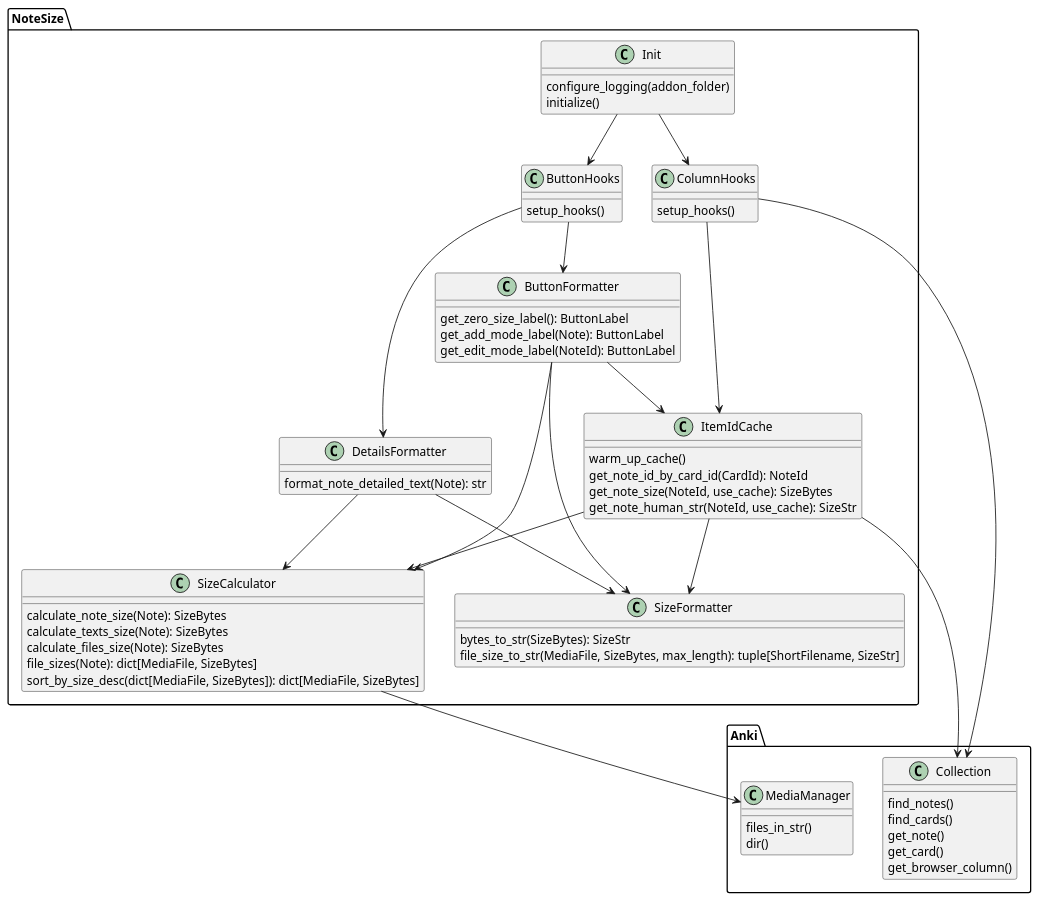
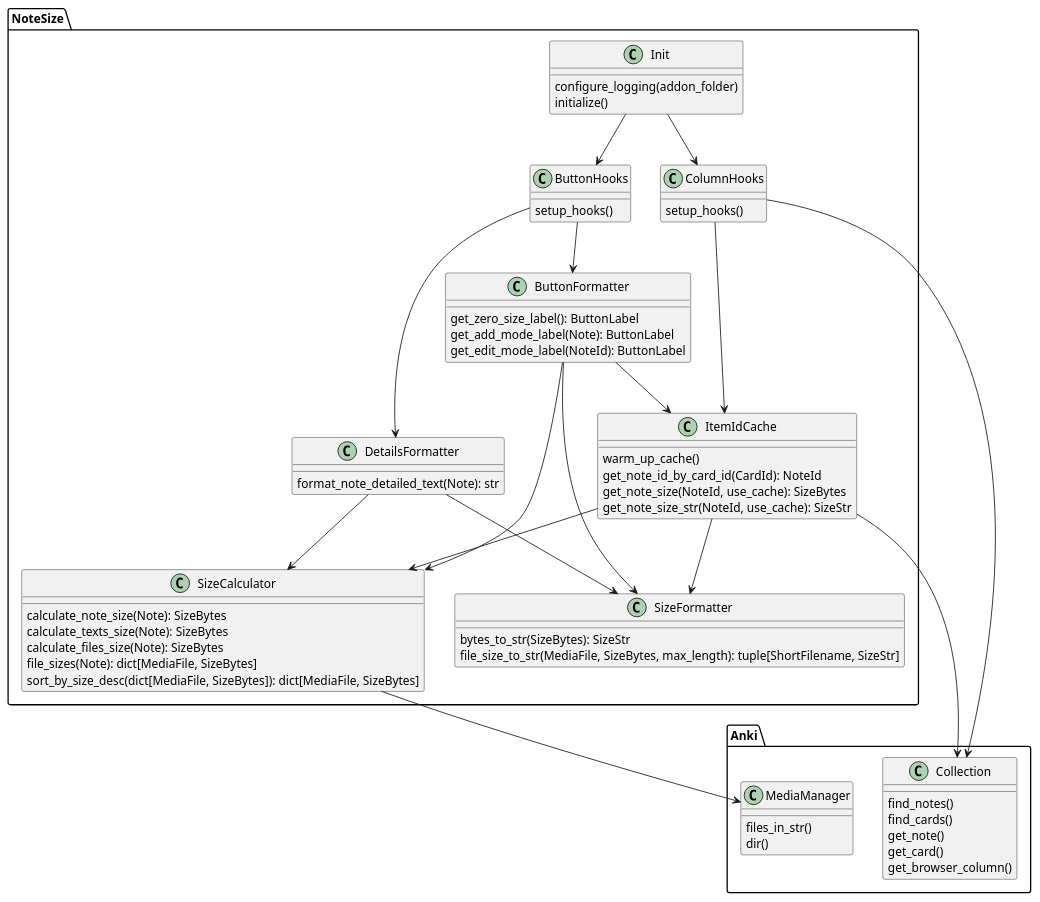
One commit to Aleks-Ya/note-size-anki-addon changed the diagram in docs/class_diagram.puml. Above: the diagram before and after it, drawn with PlantUML. The commit also changed 4 other files, not shown here.

```diff
--- a/docs/class_diagram.puml
+++ b/docs/class_diagram.puml
@@ -1,81 +1,81 @@
 @startuml
 'https://plantuml.com/class-diagram
 
 package Anki {
     class Collection {
         find_notes()
         find_cards()
         get_note()
         get_card()
         get_browser_column()
     }
     class MediaManager {
         files_in_str()
         dir()
     }
 }
 
 package NoteSize {
     together {
         class ButtonHooks {
             setup_hooks()
         }
         class ColumnHooks {
             setup_hooks()
         }
     }
     class DetailsFormatter {
         format_note_detailed_text(Note): str
     }
     class ButtonFormatter {
         get_zero_size_label(): ButtonLabel
         get_add_mode_label(Note): ButtonLabel
         get_edit_mode_label(NoteId): ButtonLabel
     }
     class SizeCalculator {
         calculate_note_size(Note): SizeBytes
         calculate_texts_size(Note): SizeBytes
         calculate_files_size(Note): SizeBytes
         file_sizes(Note): dict[MediaFile, SizeBytes]
         sort_by_size_desc(dict[MediaFile, SizeBytes]): dict[MediaFile, SizeBytes]
     }
     class SizeFormatter {
         bytes_to_str(SizeBytes): SizeStr
         file_size_to_str(MediaFile, SizeBytes, max_length): tuple[ShortFilename, SizeStr]
     }
     class ItemIdCache {
         warm_up_cache()
         get_note_id_by_card_id(CardId): NoteId
         get_note_size(NoteId, use_cache): SizeBytes
-        get_note_human_str(NoteId, use_cache): SizeStr
+        get_note_size_str(NoteId, use_cache): SizeStr
     }
     class Init {
         configure_logging(addon_folder)
         initialize()
     }
 }
 
 Init --> ColumnHooks
 Init --> ButtonHooks
 
 ButtonHooks --> ButtonFormatter
 ButtonHooks --> DetailsFormatter
 
 ButtonFormatter --> ItemIdCache
 ButtonFormatter --> SizeCalculator
 ButtonFormatter --> SizeFormatter
 
 DetailsFormatter --> SizeFormatter
 DetailsFormatter --> SizeCalculator
 
 SizeCalculator --> MediaManager
 
 ColumnHooks --> Collection
 ColumnHooks --> ItemIdCache
 
 ItemIdCache --> Collection
 ItemIdCache --> SizeCalculator
 ItemIdCache --> SizeFormatter
 
 
 @enduml
```
